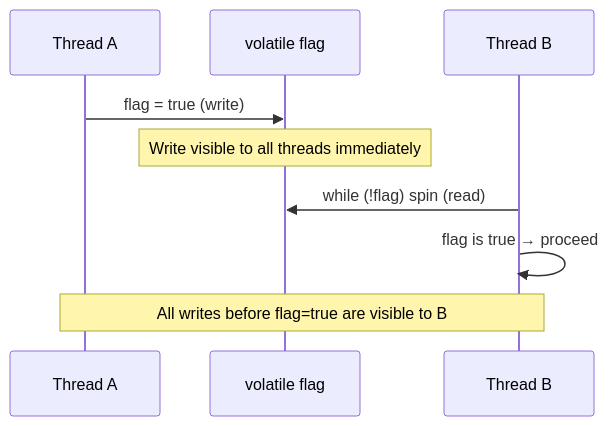
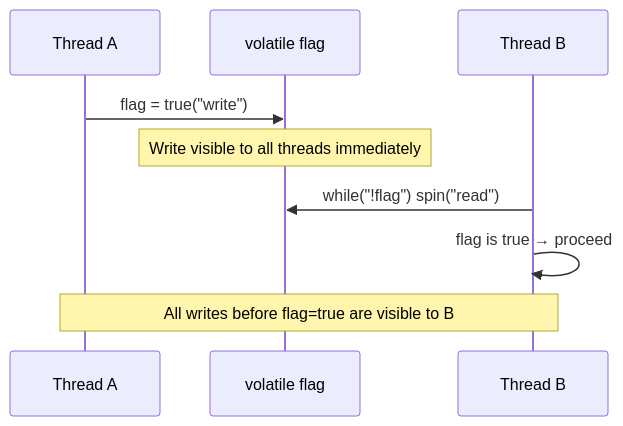
One commit to pploc/swe-icon-the-moment changed the diagram in content/questions/fundamentals/volatile-keyword.md. Above: the diagram before and after it, drawn with Mermaid. The commit also changed 138 other files, not shown here.

````diff
--- a/content/questions/fundamentals/volatile-keyword.md
+++ b/content/questions/fundamentals/volatile-keyword.md
@@ -24,11 +24,12 @@
 ```mermaid
 sequenceDiagram
     participant A as Thread A
     participant V as volatile flag
     participant B as Thread B
-    A->>V: flag = true (write)
+    A->>V: flag = true("write")
     Note over V: Write visible to all threads immediately
-    B->>V: while (!flag) spin (read)
+    B->>V: while("!flag") spin("read")
     B->>B: flag is true → proceed
     Note over A,B: All writes before flag=true are visible to B
+
 ```
````
